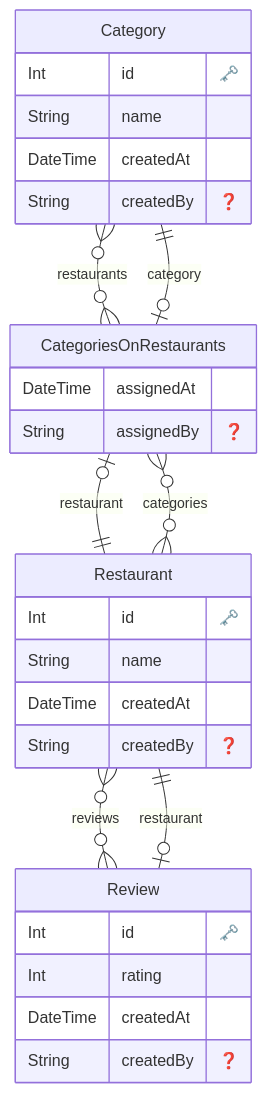
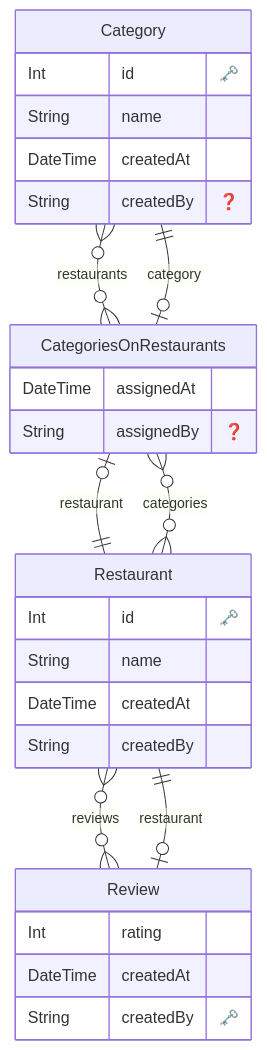
Before and after one commit to tperamaki/yala: the diagram in docs/datamodel.md, drawn with Mermaid. The commit also changed 2 other files, not shown here.

Commit message:
Allow only one review per user

````diff
--- a/docs/datamodel.md
+++ b/docs/datamodel.md
@@ -1,39 +1,38 @@
 ```mermaid
 erDiagram
 
   "Category" {
     Int id "🗝️"
     String name 
     DateTime createdAt 
     String createdBy "❓"
     }
   
 
   "Restaurant" {
     Int id "🗝️"
     String name 
     DateTime createdAt 
-    String createdBy "❓"
+    String createdBy 
     }
   
 
   "Review" {
-    Int id "🗝️"
     Int rating 
     DateTime createdAt 
-    String createdBy "❓"
+    String createdBy "🗝️"
     }
   
 
   "CategoriesOnRestaurants" {
     DateTime assignedAt 
     String assignedBy "❓"
     }
   
     "Category" o{--}o "CategoriesOnRestaurants" : "restaurants"
     "Restaurant" o{--}o "CategoriesOnRestaurants" : "categories"
     "Restaurant" o{--}o "Review" : "reviews"
     "Review" o|--|| "Restaurant" : "restaurant"
     "CategoriesOnRestaurants" o|--|| "Category" : "category"
     "CategoriesOnRestaurants" o|--|| "Restaurant" : "restaurant"
 ```
````
